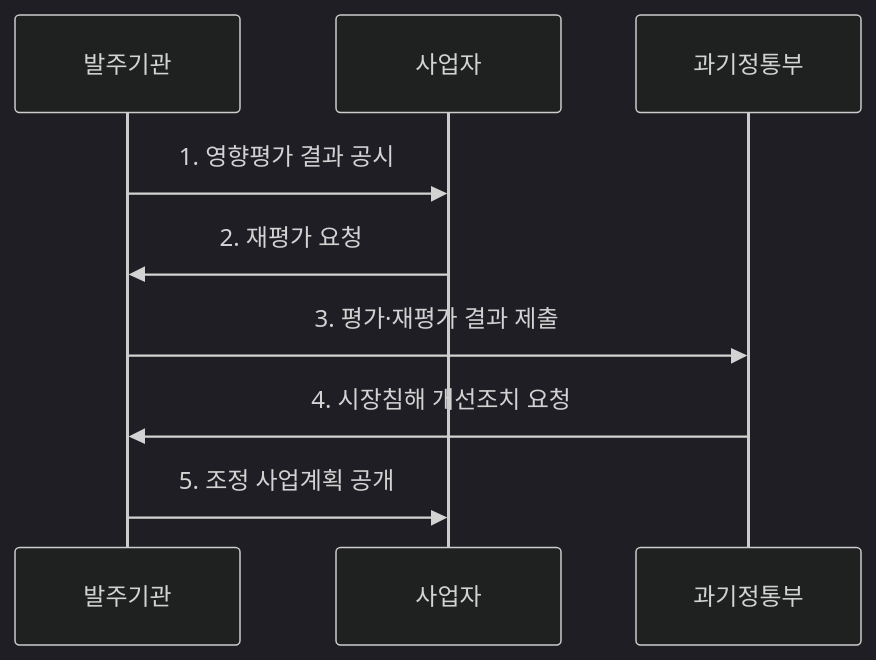
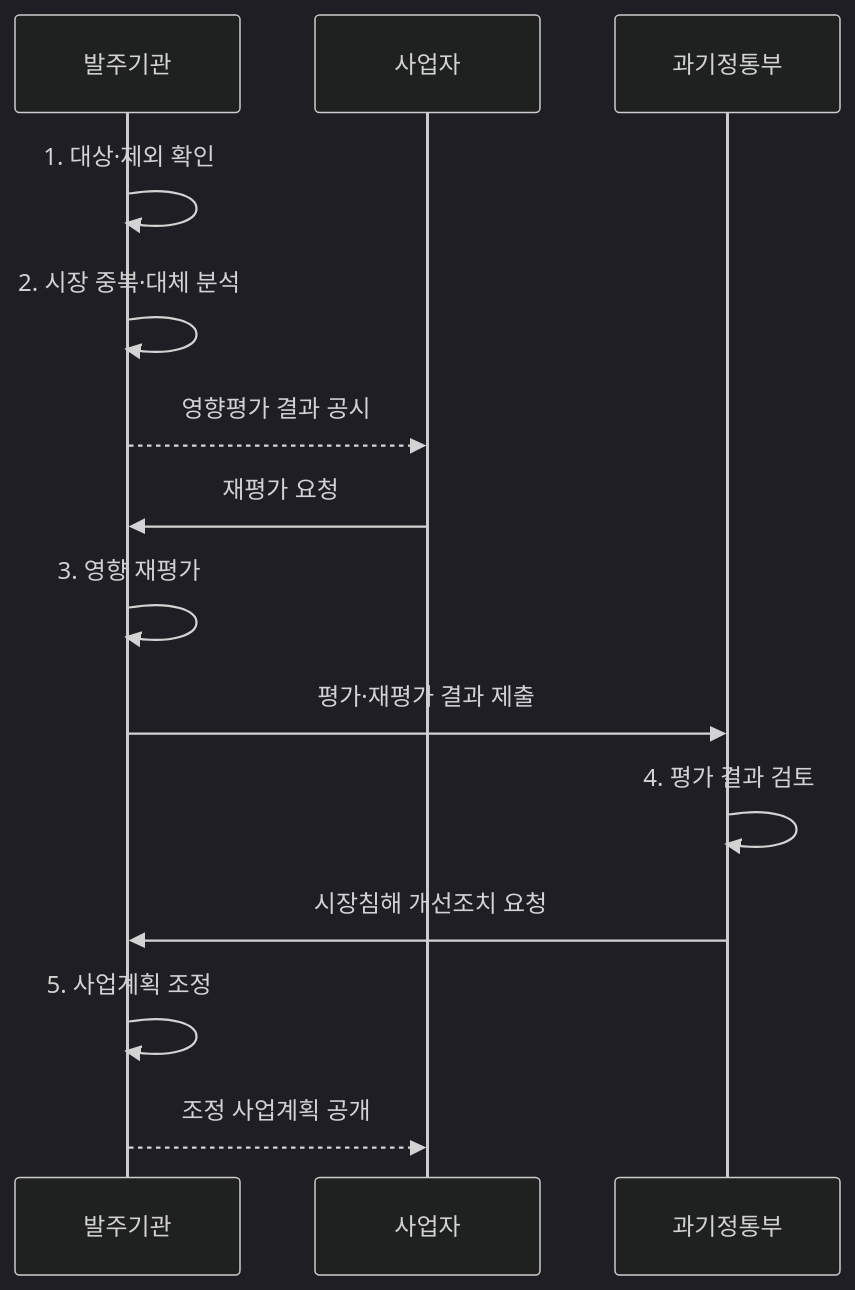
Before and after one commit to agnusdei1207/knowledge-base: the second of 2 diagrams in src/content/docs/notes/07-law-policy/017_sw_business_impact_assessment.md, drawn with Mermaid (dark theme). The commit also changed other lines of this file and 20 other files, not shown here.

````diff
--- a/src/content/docs/notes/07-law-policy/017_sw_business_impact_assessment.md
+++ b/src/content/docs/notes/07-law-policy/017_sw_business_impact_assessment.md
@@ -78,11 +76,16 @@
 ```mermaid
 sequenceDiagram
     participant 발주기관
     participant 사업자
     participant 과기정통부
-    발주기관->>사업자: 1. 영향평가 결과 공시
-    사업자->>발주기관: 2. 재평가 요청
-    발주기관->>과기정통부: 3. 평가·재평가 결과 제출
-    과기정통부->>발주기관: 4. 시장침해 개선조치 요청
-    발주기관->>사업자: 5. 조정 사업계획 공개
+    발주기관->>발주기관: 1. 대상·제외 확인
+    발주기관->>발주기관: 2. 시장 중복·대체 분석
+    발주기관-->>사업자: 영향평가 결과 공시
+    사업자->>발주기관: 재평가 요청
+    발주기관->>발주기관: 3. 영향 재평가
+    발주기관->>과기정통부: 평가·재평가 결과 제출
+    과기정통부->>과기정통부: 4. 평가 결과 검토
+    과기정통부->>발주기관: 시장침해 개선조치 요청
+    발주기관->>발주기관: 5. 사업계획 조정
+    발주기관-->>사업자: 조정 사업계획 공개
 ```
````
